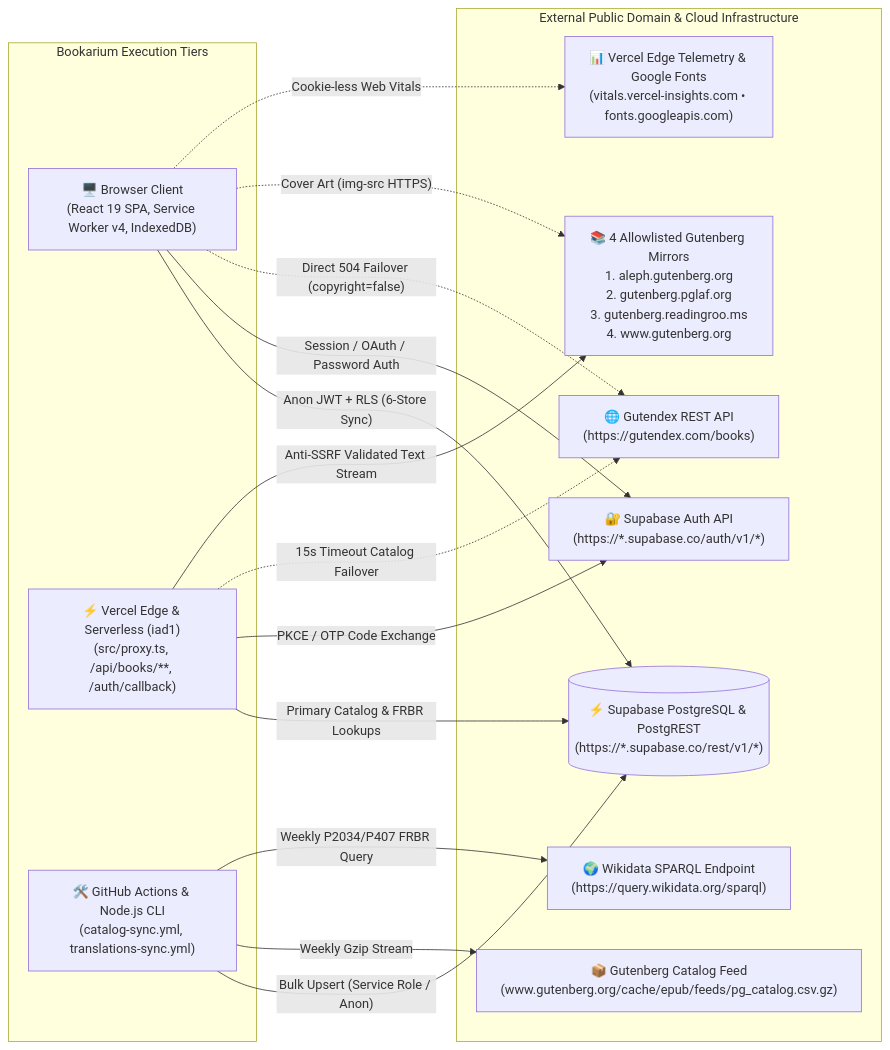
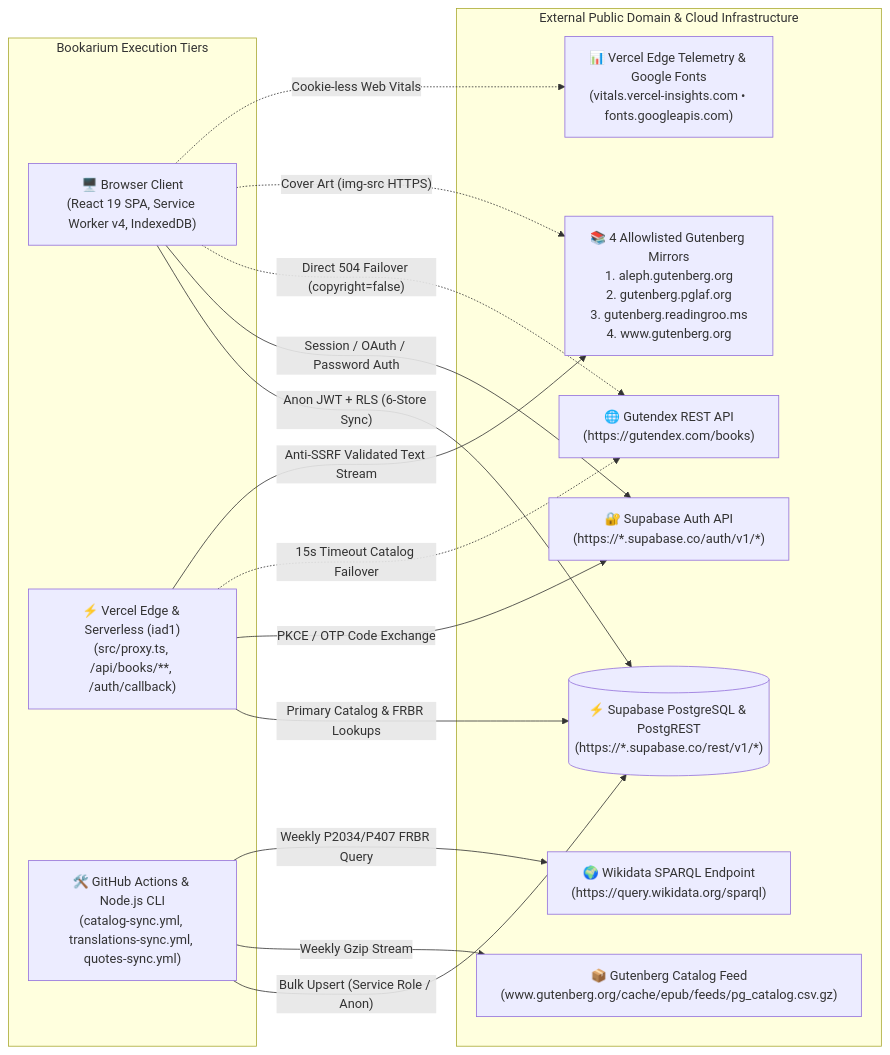
Before and after one commit to calin-m/Bookarium: the ninth of 11 diagrams in docs/ARCHITECTURE.md, drawn with Mermaid. The commit also changed other lines of this file and 16 other files, not shown here.

First line of the commit message:
feat(quotes): implement Two-Tier Bounded Quote Pool (1,000 Popular + 128 Recent) with 20+5 blended batches, auto-pruning, and living docs sync

````diff
--- a/docs/ARCHITECTURE.md
+++ b/docs/ARCHITECTURE.md
@@ -1382,31 +1384,31 @@
 ```mermaid
 flowchart LR
     subgraph BookariumRuntime ["Bookarium Execution Tiers"]
         BrowserTier["🖥️ Browser Client\n(React 19 SPA, Service Worker v4, IndexedDB)"]
         EdgeTier["⚡ Vercel Edge & Serverless (iad1)\n(src/proxy.ts, /api/books/**, /auth/callback)"]
-        CLITier["🛠️ GitHub Actions & Node.js CLI\n(catalog-sync.yml, translations-sync.yml)"]
+        CLITier["🛠️ GitHub Actions & Node.js CLI\n(catalog-sync.yml, translations-sync.yml, quotes-sync.yml)"]
     end
 
     subgraph ExternalSystems ["External Public Domain & Cloud Infrastructure"]
         SupaDB[("⚡ Supabase PostgreSQL & PostgREST\n(https://*.supabase.co/rest/v1/*)")]
         SupaAuth["🔐 Supabase Auth API\n(https://*.supabase.co/auth/v1/*)"]
         GutendexAPI["🌐 Gutendex REST API\n(https://gutendex.com/books)"]
         GutenbergMirrors["📚 4 Allowlisted Gutenberg Mirrors\n1. aleph.gutenberg.org\n2. gutenberg.pglaf.org\n3. gutenberg.readingroo.ms\n4. www.gutenberg.org"]
         GutenbergFeeds["📦 Gutenberg Catalog Feed\n(www.gutenberg.org/cache/epub/feeds/pg_catalog.csv.gz)"]
         WikidataAPI["🌍 Wikidata SPARQL Endpoint\n(https://query.wikidata.org/sparql)"]
         VercelRUM["📊 Vercel Edge Telemetry & Google Fonts\n(vitals.vercel-insights.com • fonts.googleapis.com)"]
     end
 
     BrowserTier -->|"Anon JWT + RLS (6-Store Sync)"| SupaDB
     BrowserTier -->|"Session / OAuth / Password Auth"| SupaAuth
     BrowserTier -.->|"Direct 504 Failover (copyright=false)"| GutendexAPI
     BrowserTier -.->|"Cover Art (img-src HTTPS)"| GutenbergMirrors
     BrowserTier -.->|"Cookie-less Web Vitals"| VercelRUM
     EdgeTier -->|"Primary Catalog & FRBR Lookups"| SupaDB
     EdgeTier -->|"PKCE / OTP Code Exchange"| SupaAuth
     EdgeTier -.->|"15s Timeout Catalog Failover"| GutendexAPI
     EdgeTier -->|"Anti-SSRF Validated Text Stream"| GutenbergMirrors
     CLITier -->|"Bulk Upsert (Service Role / Anon)"| SupaDB
     CLITier -->|"Weekly Gzip Stream"| GutenbergFeeds
     CLITier -->|"Weekly P2034/P407 FRBR Query"| WikidataAPI
 ```
````
